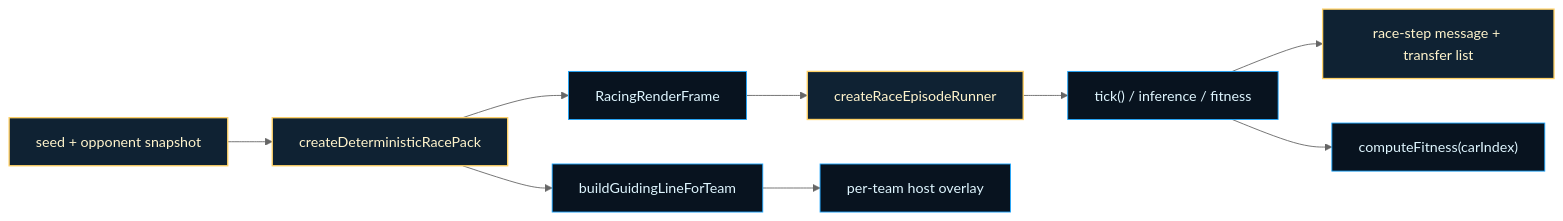
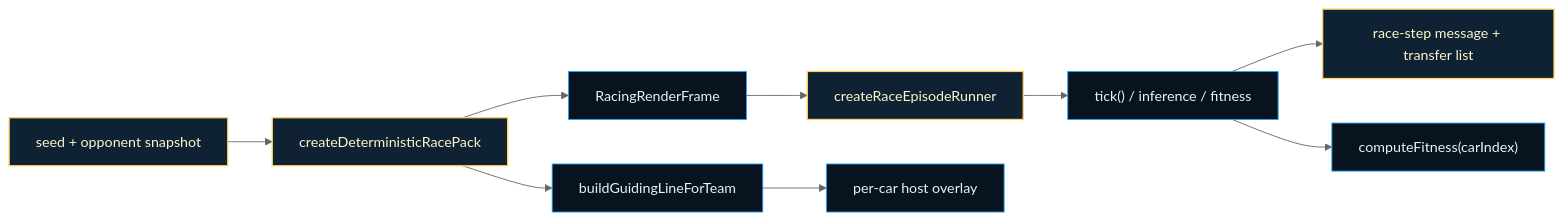
The fifth of 6 diagrams in examples/racing_curriculum/README.md (reicek/NeatapticTS), drawn with Mermaid (neutral theme) before and after one commit. The commit also changed other lines of this file and 129 other files, not shown here.

````diff
--- a/examples/racing_curriculum/README.md
+++ b/examples/racing_curriculum/README.md
@@ -173,16 +364,16 @@
 ```mermaid
 flowchart LR
     Seed["seed + opponent snapshot"] --> Pack["createDeterministicRacePack"]
     Pack --> Frame["RacingRenderFrame"]
     Frame --> Runner["createRaceEpisodeRunner"]
     Runner --> Tick["tick() / inference / fitness"]
     Tick --> Msg["race-step message + transfer list"]
     Tick --> Fit["computeFitness(carIndex)"]
     Pack --> Guide["buildGuidingLineForTeam"]
-    Guide --> Overlay["per-team host overlay"]
+    Guide --> Overlay["per-car host overlay"]
 
     classDef base fill:#08131f,stroke:#1ea7ff,color:#dff6ff,stroke-width:1px;
     classDef accent fill:#0f2233,stroke:#ffd166,color:#fff4cc,stroke-width:1.5px;
     class Seed,Pack,Runner,Msg accent;
     class Frame,Tick,Fit,Guide,Overlay base;
 ```
````
